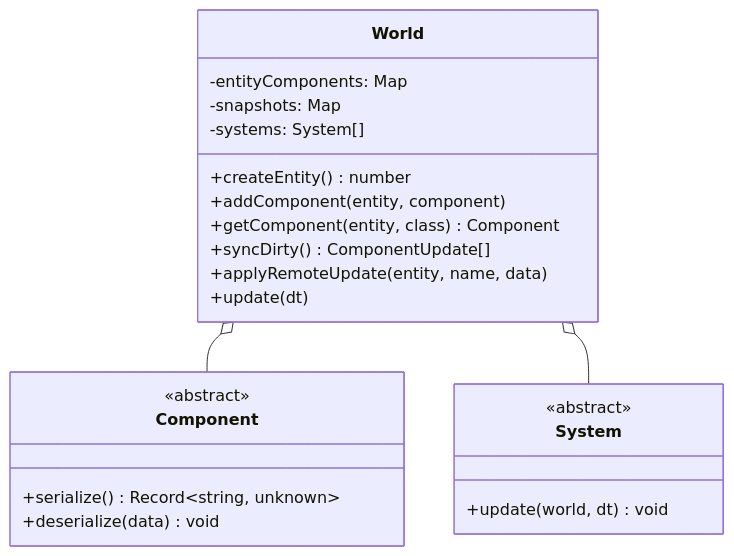
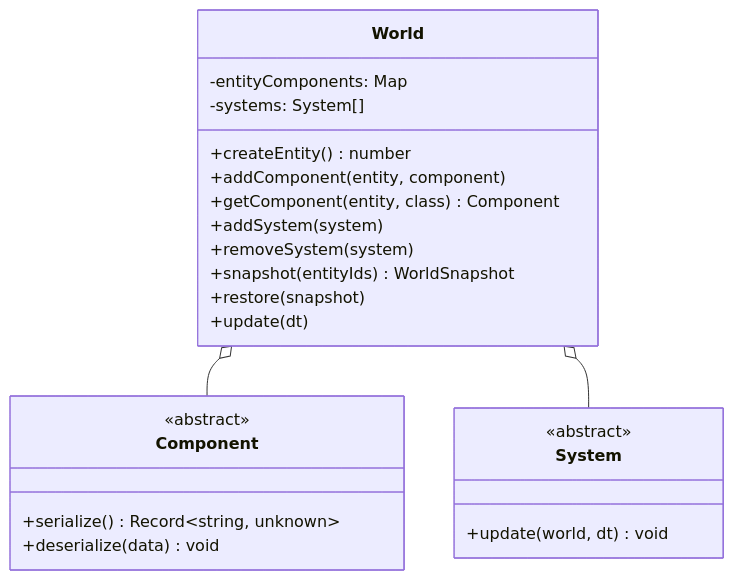
Before and after one commit to lordvlad/tictac: the diagram in docs/architecture/ecs.md, drawn with Mermaid. The commit also changed other lines of this file and 92 other files, not shown here.

````diff
--- a/docs/architecture/ecs.md
+++ b/docs/architecture/ecs.md
@@ -21,28 +21,29 @@
 ```mermaid
 classDiagram
     class World {
         -entityComponents: Map
-        -snapshots: Map
         -systems: System[]
         +createEntity() number
         +addComponent(entity, component)
         +getComponent(entity, class) Component
-        +syncDirty() ComponentUpdate[]
-        +applyRemoteUpdate(entity, name, data)
+        +addSystem(system)
+        +removeSystem(system)
+        +snapshot(entityIds) WorldSnapshot
+        +restore(snapshot)
         +update(dt)
     }
 
     class Component {
         <<abstract>>
         +serialize() Record~string, unknown~
         +deserialize(data) void
     }
 
     class System {
         <<abstract>>
         +update(world, dt) void
     }
 
     World o-- Component
     World o-- System
 ```
````
